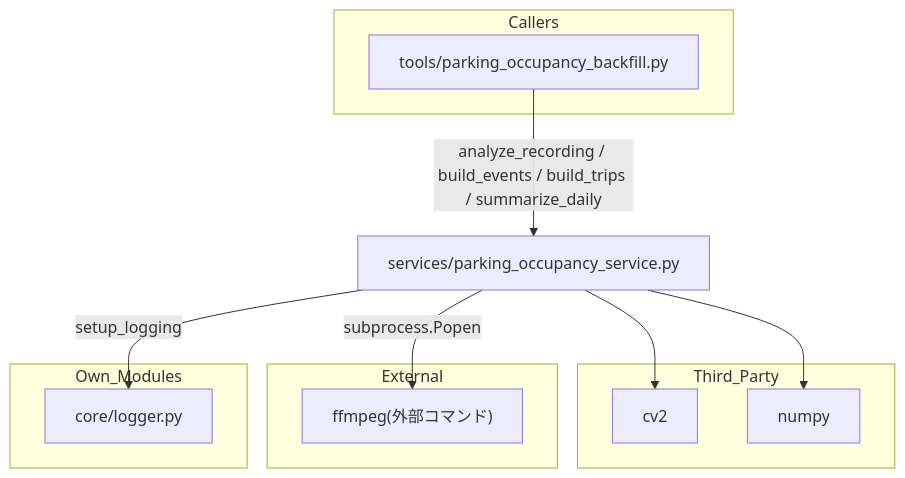
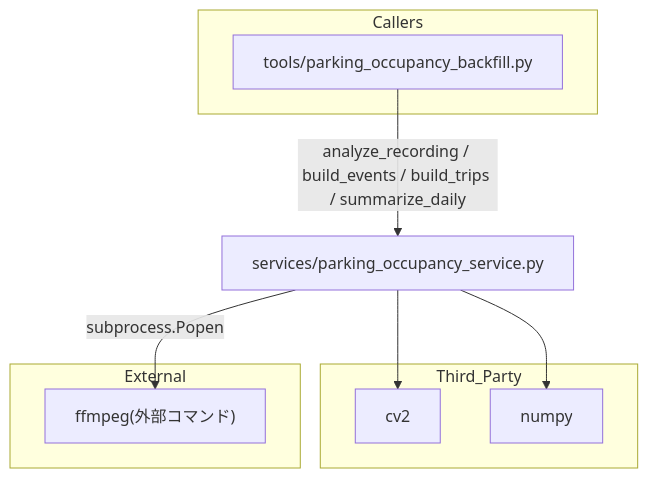
Before and after one commit to mmtigers/my_python_project: the second of 2 diagrams in docs/specifications/MY_HOME_SYSTEM/parking_occupancy_service.md, drawn with Mermaid. The commit also changed other lines of this file and 5 other files, not shown here.

````diff
--- a/docs/specifications/MY_HOME_SYSTEM/parking_occupancy_service.md
+++ b/docs/specifications/MY_HOME_SYSTEM/parking_occupancy_service.md
@@ -221,27 +220,22 @@
 ```mermaid
 graph TD
     Svc["services/parking_occupancy_service.py"]
 
     subgraph Callers
         Cli["tools/parking_occupancy_backfill.py"]
     end
 
     subgraph Third_Party
         Cv2["cv2"]
         Np["numpy"]
     end
 
     subgraph External
         Ffmpeg["ffmpeg(外部コマンド)"]
     end
 
-    subgraph Own_Modules
-        Logger["core/logger.py"]
-    end
-
     Cli -->|"analyze_recording / build_events / build_trips / summarize_daily"| Svc
     Svc --> Cv2
     Svc --> Np
     Svc -->|"subprocess.Popen"| Ffmpeg
-    Svc -->|"setup_logging"| Logger
 ```
````
